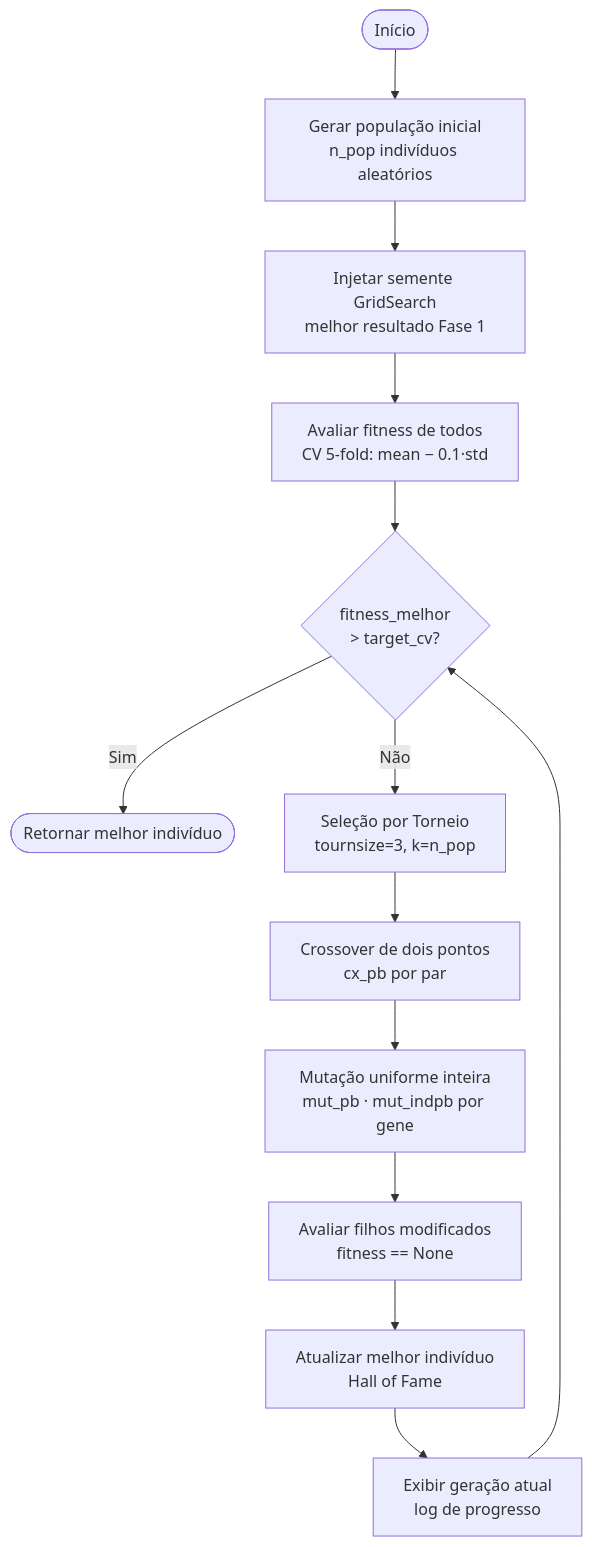
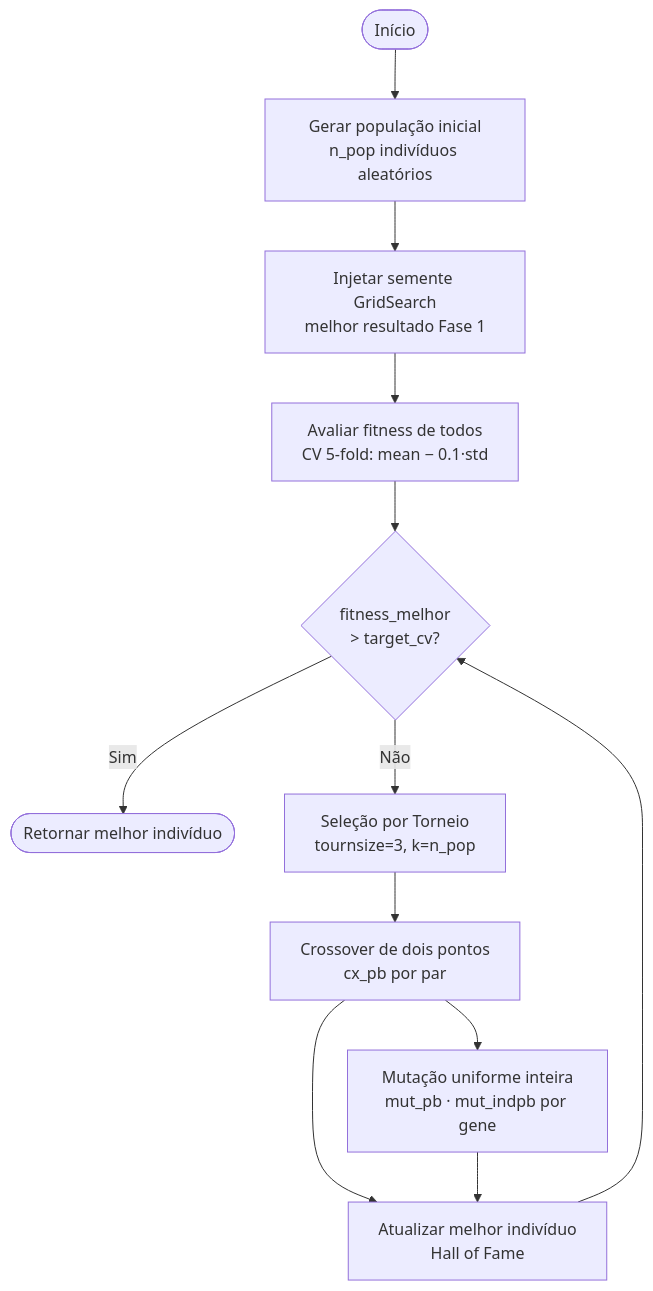
One commit to rodrigoaraujorosa/fiap-ia-devs-8iadt-fase2-tech-challenge changed the diagram in ga_diagram.md. Above: the diagram before and after it, drawn with Mermaid. The commit also changed other lines of this file and 2 other files, not shown here.

Commit message:
Refactor genetic algorithm documentation to improve clarity on individual parameters and update flowchart logic

````diff
--- a/ga_diagram.md
+++ b/ga_diagram.md
@@ -5,17 +5,16 @@
 ```mermaid
 flowchart TD
     A([Início]) --> B[Gerar população inicial<br/>n_pop indivíduos aleatórios]
     B --> C[Injetar semente GridSearch<br/>melhor resultado Fase 1]
     C --> D[Avaliar fitness de todos<br/>CV 5-fold: mean − 0.1·std]
 
     D --> E{fitness_melhor<br/>> target_cv?}
     E -- Sim --> Z([Retornar melhor indivíduo])
 
     E -- Não --> F[Seleção por Torneio<br/>tournsize=3, k=n_pop]
     F --> G[Crossover de dois pontos<br/>cx_pb por par]
     G --> H[Mutação uniforme inteira<br/>mut_pb · mut_indpb por gene]
-    H --> I[Avaliar filhos modificados<br/>fitness == None]
-    I --> J[Atualizar melhor indivíduo<br/>Hall of Fame]
-    J --> K[Exibir geração atual<br/>log de progresso]
-    K --> E
+    G --> J[Atualizar melhor indivíduo<br/>Hall of Fame]
+    H --> J[Atualizar melhor indivíduo<br/>Hall of Fame]
+    J --> E
 ```
````
